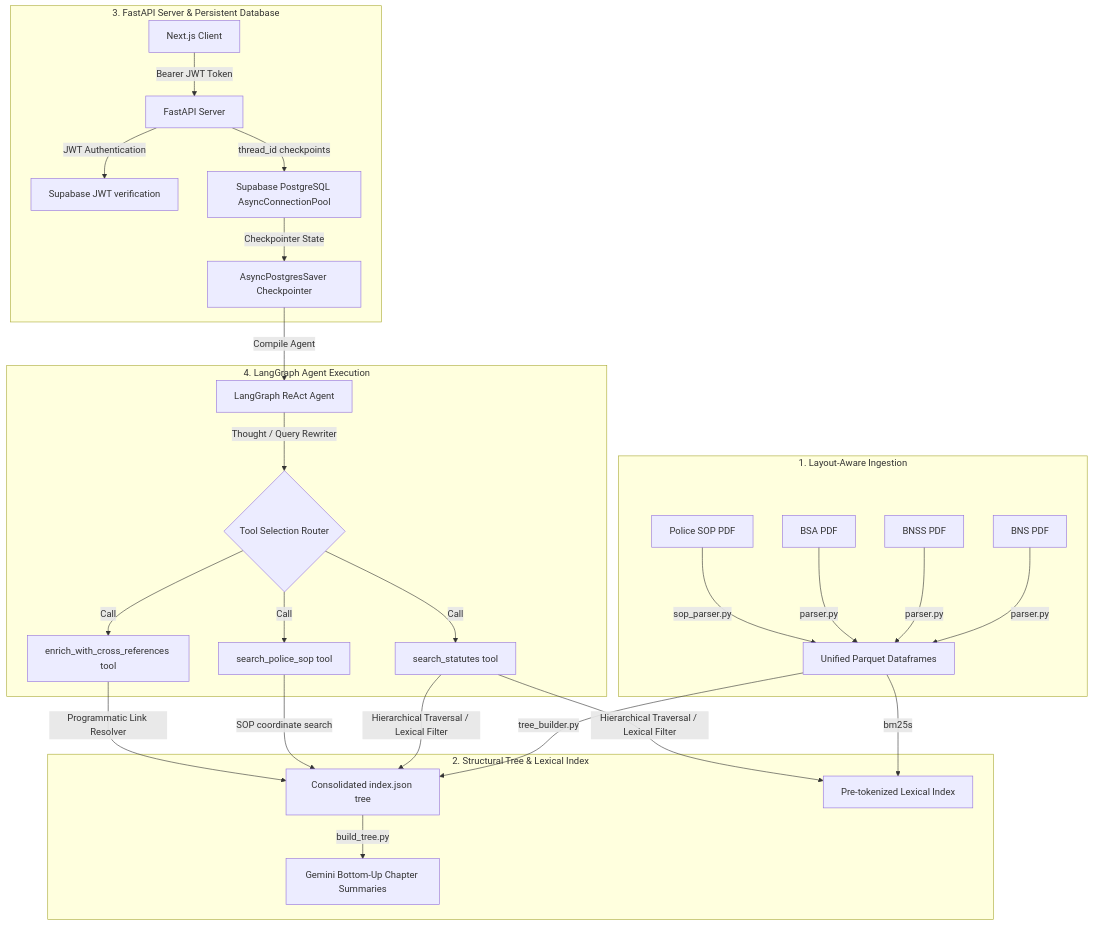
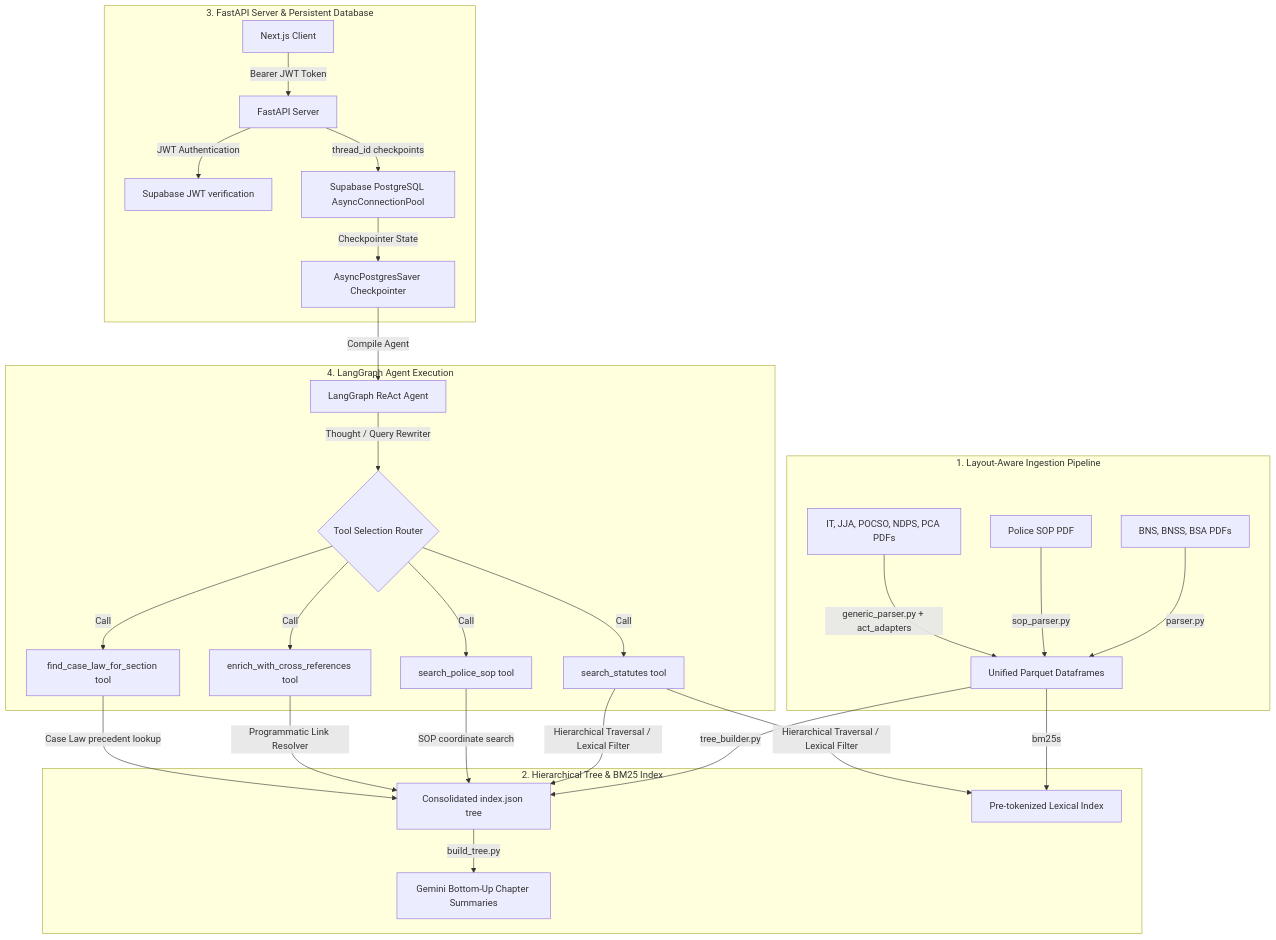
The diagram in technical_report.md (MET4L-DS/Vectorless-RAG), drawn with Mermaid before and after one commit. The commit also changed other lines of this file and 25 other files, not shown here.

````diff
--- a/technical_report.md
+++ b/technical_report.md
@@ -17,34 +17,35 @@
 ```mermaid
 flowchart TD
-    subgraph Parsing_Pipeline [1. Layout-Aware Ingestion]
-        BNS_PDF[BNS PDF] -->|parser.py| Parquet[Unified Parquet Dataframes]
-        BNSS_PDF[BNSS PDF] -->|parser.py| Parquet
-        BSA_PDF[BSA PDF] -->|parser.py| Parquet
+    subgraph Ingestion [1. Layout-Aware Ingestion Pipeline]
+        Original_PDFs[BNS, BNSS, BSA PDFs] -->|parser.py| Parquet[Unified Parquet Dataframes]
         SOP_PDF[Police SOP PDF] -->|sop_parser.py| Parquet
+        New_PDFs[IT, JJA, POCSO, NDPS, PCA PDFs] -->|generic_parser.py + act_adapters| Parquet
     end
 
-    subgraph Indexing [2. Structural Tree & Lexical Index]
+    subgraph Indexing [2. Hierarchical Tree & BM25 Index]
         Parquet -->|tree_builder.py| JSONTree[Consolidated index.json tree]
         Parquet -->|bm25s| BM25Index[Pre-tokenized Lexical Index]
         JSONTree -->|build_tree.py| LLMSummaries[Gemini Bottom-Up Chapter Summaries]
     end
 
     subgraph API_Layer [3. FastAPI Server & Persistent Database]
         NextJS[Next.js Client] -->|Bearer JWT Token| FastAPI[FastAPI Server]
         FastAPI -->|JWT Authentication| SupabaseAuth[Supabase JWT verification]
         FastAPI -->|thread_id checkpoints| PostgresPool[Supabase PostgreSQL AsyncConnectionPool]
         PostgresPool -->|Checkpointer State| AsyncPostgresSaver[AsyncPostgresSaver Checkpointer]
     end
 
     subgraph Agent_Core [4. LangGraph Agent Execution]
         AsyncPostgresSaver -->|Compile Agent| ReActAgent[LangGraph ReAct Agent]
         ReActAgent -->|Thought / Query Rewriter| ToolsSelection{Tool Selection Router}
         ToolsSelection -->|Call| search_statutes[search_statutes tool]
         ToolsSelection -->|Call| search_police_sop[search_police_sop tool]
         ToolsSelection -->|Call| enrich_cross_refs[enrich_with_cross_references tool]
+        ToolsSelection -->|Call| find_case_law[find_case_law_for_section tool]
         
         search_statutes -->|Hierarchical Traversal / Lexical Filter| JSONTree & BM25Index
         search_police_sop -->|SOP coordinate search| JSONTree
         enrich_cross_refs -->|Programmatic Link Resolver| JSONTree
+        find_case_law -->|Case Law precedent lookup| JSONTree
     end
 ```
````
